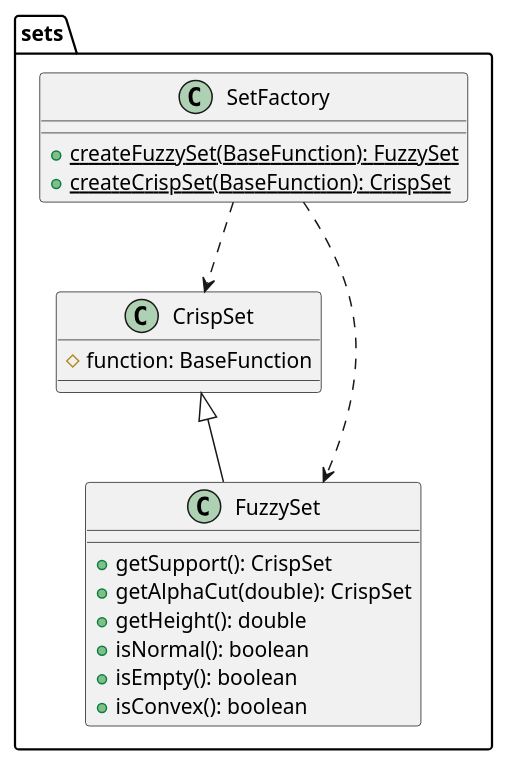
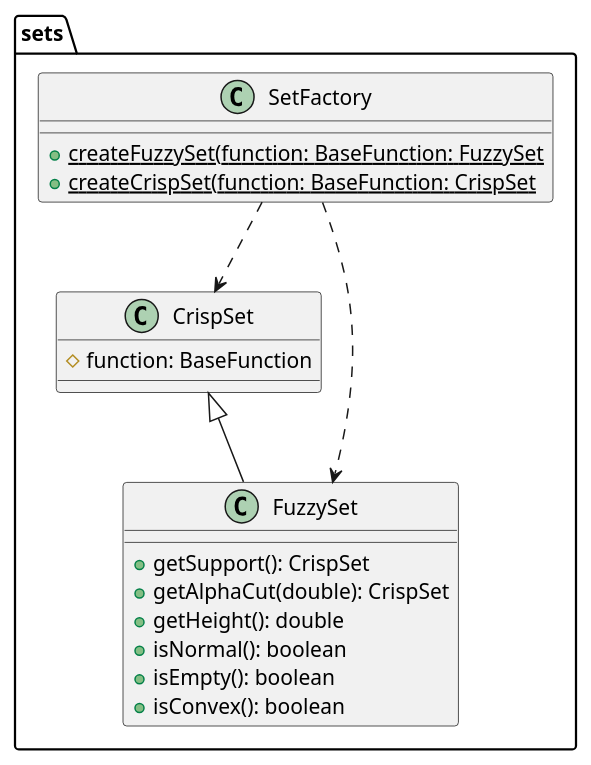
Before and after one commit to kambed/Computer-Recognition-Systems: the fourth of 6 diagrams in task2/README.md, drawn with PlantUML. The commit also changed other lines of this file, not shown here.

````diff
--- a/task2/README.md
+++ b/task2/README.md
@@ -120,21 +120,21 @@
 ```plantuml
 package sets {
     class CrispSet {
         # function: BaseFunction
     }
     class FuzzySet extends CrispSet {
         + getSupport(): CrispSet
         + getAlphaCut(double): CrispSet
         + getHeight(): double
         + isNormal(): boolean
         + isEmpty(): boolean
         + isConvex(): boolean
     }
     class SetFactory {
-        + {static} createFuzzySet(BaseFunction): FuzzySet
-        + {static} createCrispSet(BaseFunction): CrispSet
+        + {static} createFuzzySet(function: BaseFunction: FuzzySet
+        + {static} createCrispSet(function: BaseFunction: CrispSet
     }
     SetFactory ..> FuzzySet
     SetFactory ..> CrispSet
 }
 ```
````
